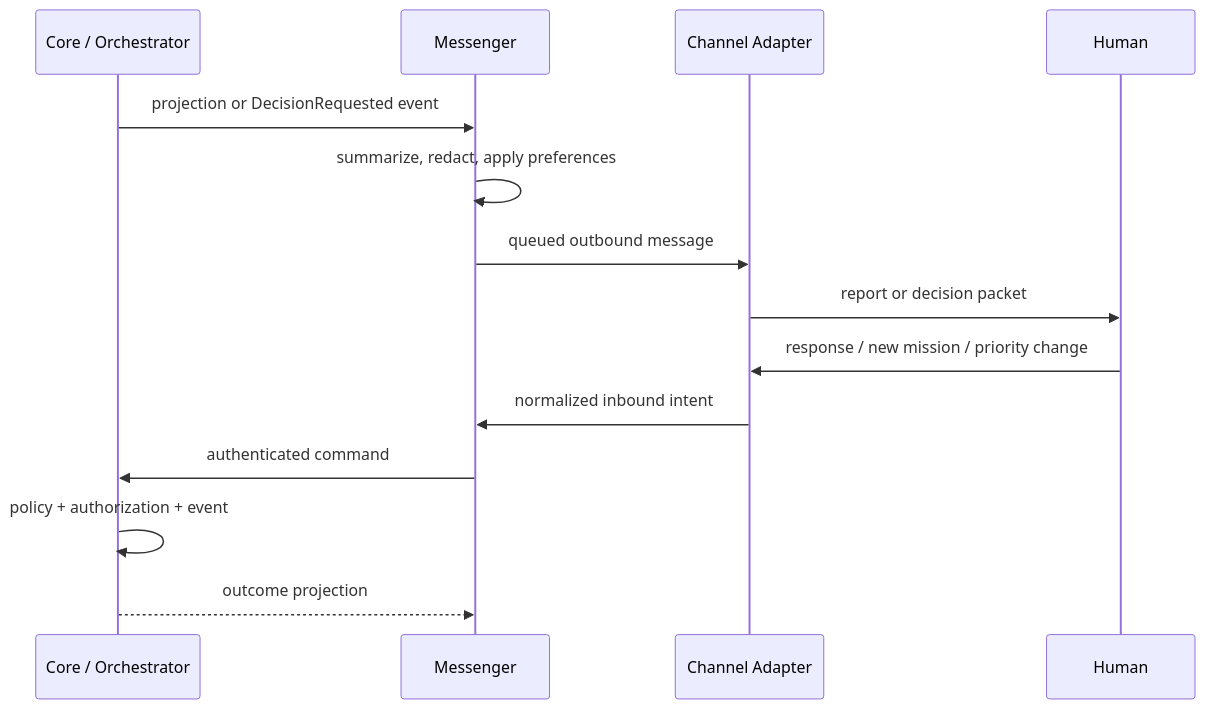
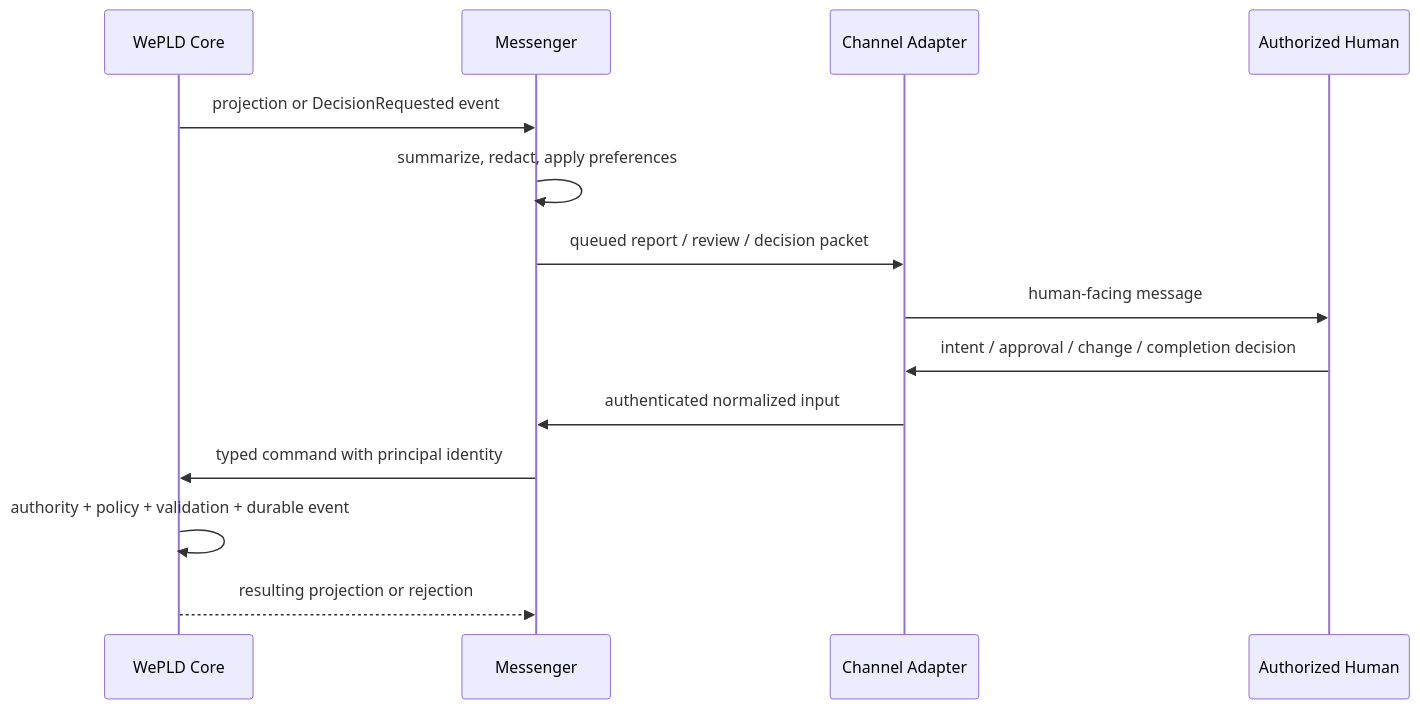
The diagram in docs/07_Messenger_Agent.md (wepld/wepld), drawn with Mermaid before and after one commit. The commit also changed other lines of this file and 46 other files, not shown here.

Commit message:
docs: define governed delivery and Hermes intelligence roadmap

```diff
--- a/docs/07_Messenger_Agent.md
+++ b/docs/07_Messenger_Agent.md
@@ -33,16 +59,16 @@
 ~~~mermaid
 sequenceDiagram
-  participant Core as Core / Orchestrator
+  participant Core as WePLD Core
   participant Msg as Messenger
   participant Channel as Channel Adapter
-  participant Human as Human
+  participant Human as Authorized Human
   Core->>Msg: projection or DecisionRequested event
   Msg->>Msg: summarize, redact, apply preferences
-  Msg->>Channel: queued outbound message
-  Channel->>Human: report or decision packet
-  Human->>Channel: response / new mission / priority change
-  Channel->>Msg: normalized inbound intent
-  Msg->>Core: authenticated command
-  Core->>Core: policy + authorization + event
-  Core-->>Msg: outcome projection
+  Msg->>Channel: queued report / review / decision packet
+  Channel->>Human: human-facing message
+  Human->>Channel: intent / approval / change / completion decision
+  Channel->>Msg: authenticated normalized input
+  Msg->>Core: typed command with principal identity
+  Core->>Core: authority + policy + validation + durable event
+  Core-->>Msg: resulting projection or rejection
 ~~~
```
